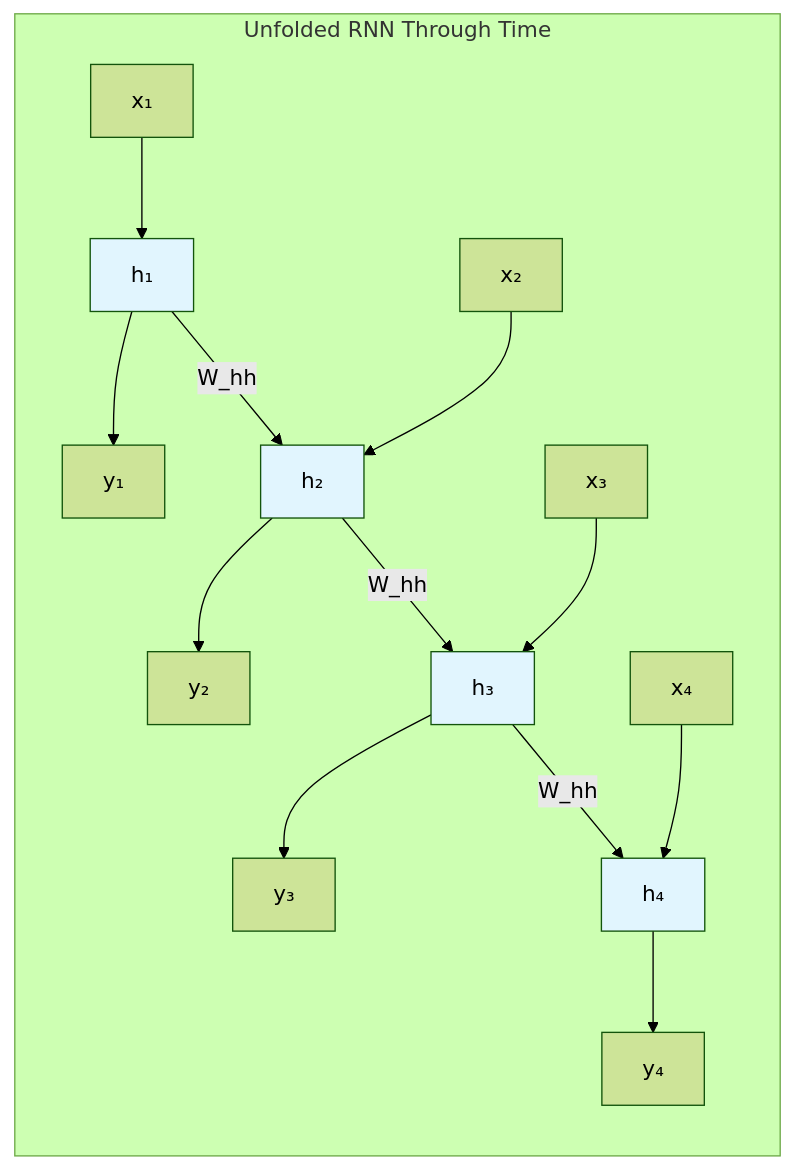
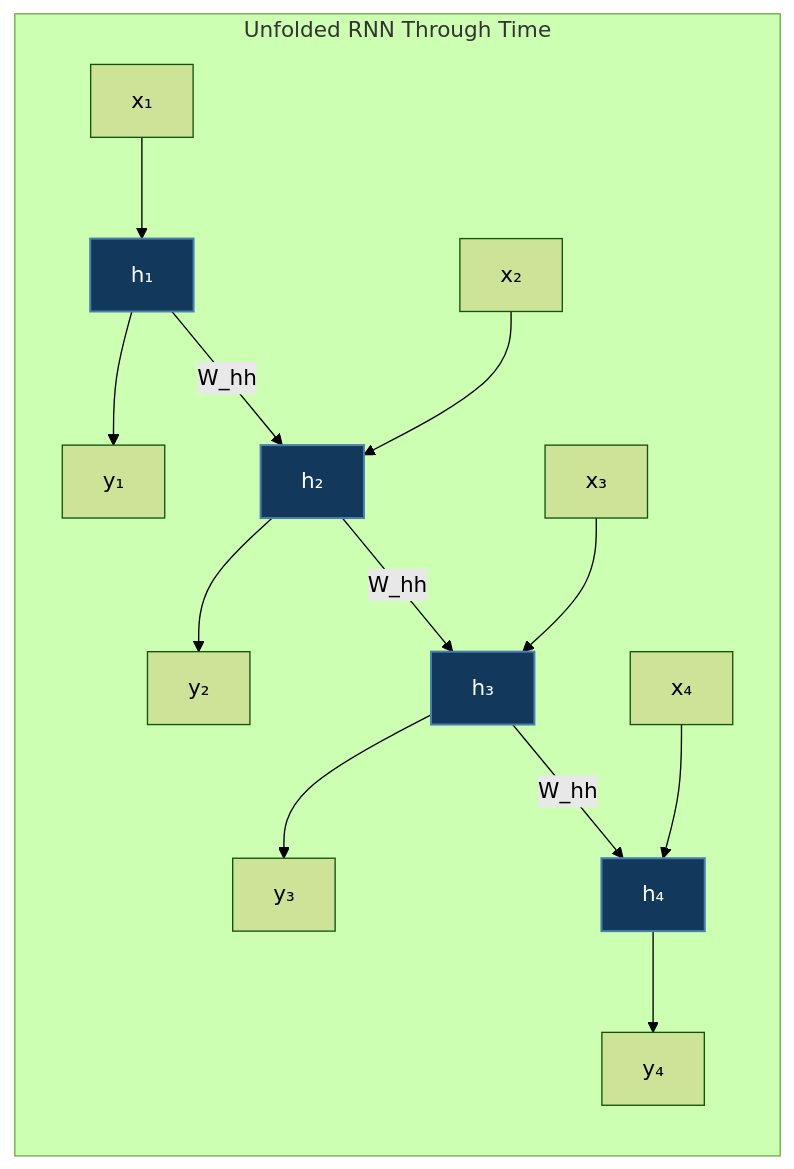
Before and after one commit to yiqiao-yin/deepspeed-course: the fourth of 14 diagrams in docusaurus-docs/docs/tutorials/basic/rnn.md, drawn with Mermaid (forest theme). The commit also changed other lines of this file and 12 other files, not shown here.

````diff
--- a/docusaurus-docs/docs/tutorials/basic/rnn.md
+++ b/docusaurus-docs/docs/tutorials/basic/rnn.md
@@ -199,24 +199,24 @@
 ```mermaid
 graph LR
     subgraph "Unfolded RNN Through Time"
         X1[x₁] --> H1[h₁]
         H1 --> Y1[y₁]
 
         X2[x₂] --> H2[h₂]
         H1 -->|"W_hh"| H2
         H2 --> Y2[y₂]
 
         X3[x₃] --> H3[h₃]
         H2 -->|"W_hh"| H3
         H3 --> Y3[y₃]
 
         X4[x₄] --> H4[h₄]
         H3 -->|"W_hh"| H4
         H4 --> Y4[y₄]
     end
 
-    style H1 fill:#e1f5fe
-    style H2 fill:#e1f5fe
-    style H3 fill:#e1f5fe
-    style H4 fill:#e1f5fe
+    style H1 fill:#12395c,stroke:#4a7fb0,stroke-width:1.5px,color:#ffffff
+    style H2 fill:#12395c,stroke:#4a7fb0,stroke-width:1.5px,color:#ffffff
+    style H3 fill:#12395c,stroke:#4a7fb0,stroke-width:1.5px,color:#ffffff
+    style H4 fill:#12395c,stroke:#4a7fb0,stroke-width:1.5px,color:#ffffff
 ```
````
